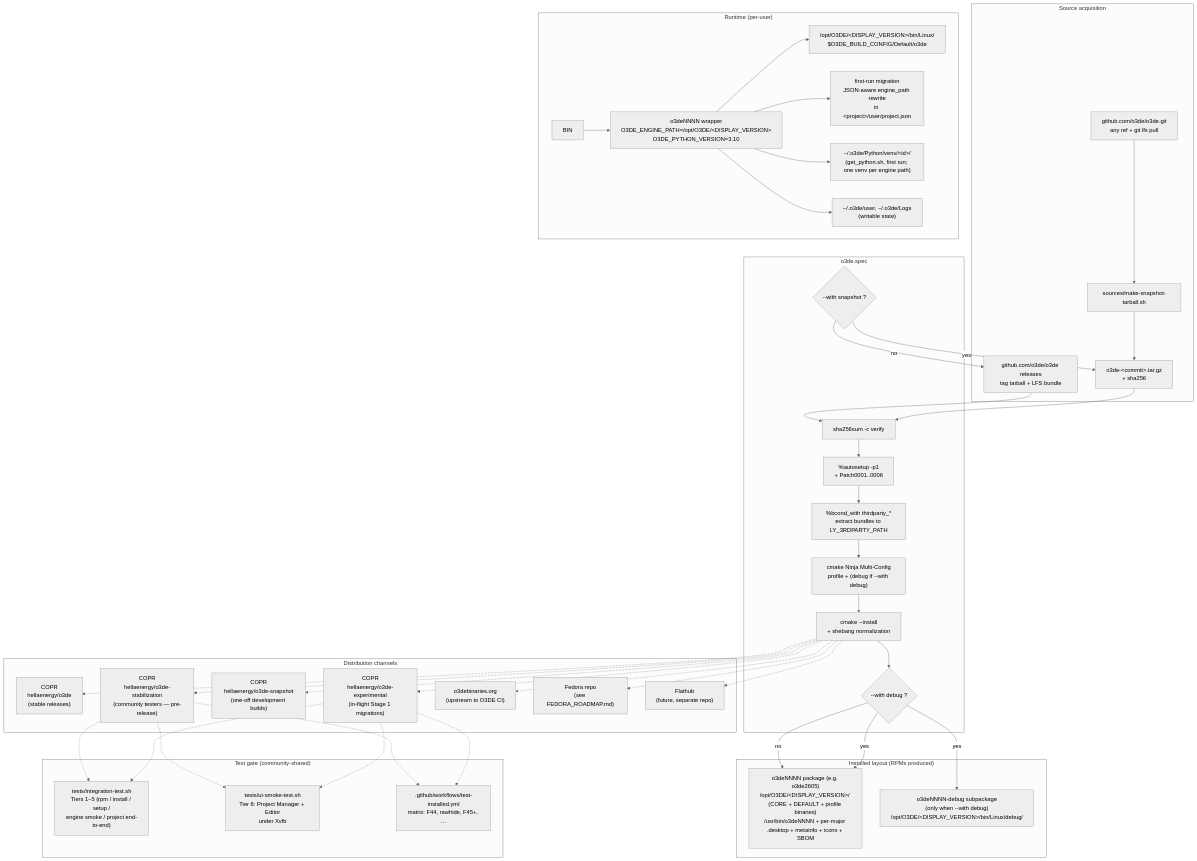
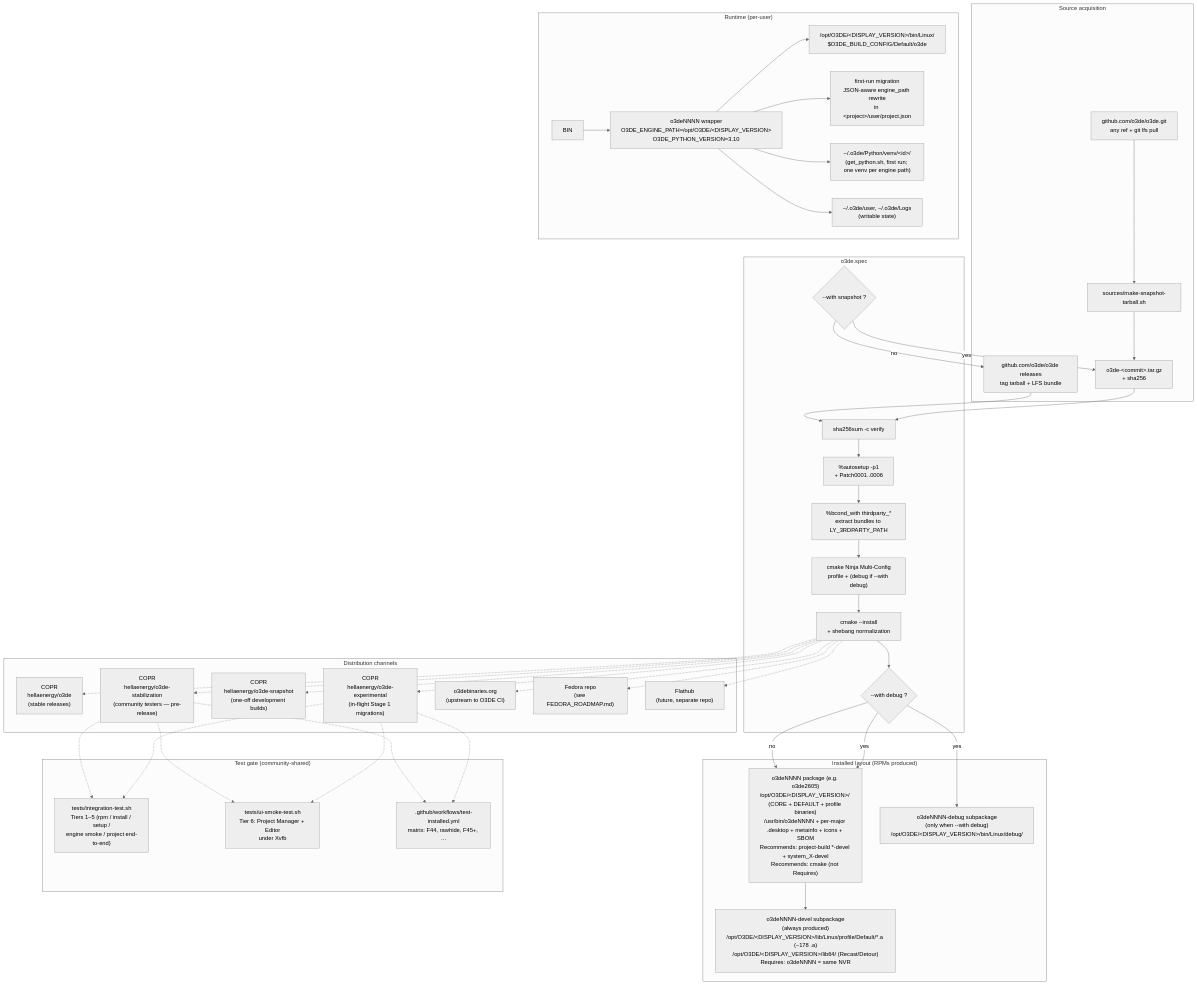
The diagram in ARCHITECTURE.md (nickschuetz/o3de-rpm), drawn with Mermaid (neutral theme) before and after one commit. The commit also changed 3 other files, not shown here.

First line of the commit message:
Docs: ARCHITECTURE diagram, BUNDLED_LIBRARIES Stage 1 status, FEDORA_ROADMAP, SBOM

````diff
--- a/ARCHITECTURE.md
+++ b/ARCHITECTURE.md
@@ -7,74 +7,76 @@
 ```mermaid
 flowchart TB
     subgraph SRC["Source acquisition"]
         S1["github.com/o3de/o3de releases<br/>tag tarball + LFS bundle"]
         S2["github.com/o3de/o3de.git<br/>any ref + git lfs pull"]
         SH["sources/make-snapshot-tarball.sh"]
         S2 --> SH --> SNAP["o3de-&lt;commit&gt;.tar.gz<br/>+ sha256"]
     end
 
     subgraph SPEC["o3de.spec"]
         BC{"--with snapshot ?"}
         SHA["sha256sum -c verify"]
         AUTO["%autosetup -p1<br/>+ Patch0001..0006"]
         TP["%bcond_with thirdparty_*<br/>extract bundles to LY_3RDPARTY_PATH"]
         BUILD["cmake Ninja Multi-Config<br/>profile + (debug if --with debug)"]
         INST["cmake --install<br/>+ shebang normalization"]
         DBG{"--with debug ?"}
         BC -->|no| S1
         BC -->|yes| SNAP
         S1 --> SHA
         SNAP --> SHA
         SHA --> AUTO --> TP --> BUILD --> INST
         INST --> DBG
     end
 
     subgraph INSTALL["Installed layout (RPMs produced)"]
-        MAIN["o3deNNNN package (e.g. o3de2605)<br/>/opt/O3DE/&lt;DISPLAY_VERSION&gt;/ (CORE + DEFAULT + profile binaries)<br/>/usr/bin/o3deNNNN + per-major .desktop + metainfo + icons + SBOM"]
+        MAIN["o3deNNNN package (e.g. o3de2605)<br/>/opt/O3DE/&lt;DISPLAY_VERSION&gt;/ (CORE + DEFAULT + profile binaries)<br/>/usr/bin/o3deNNNN + per-major .desktop + metainfo + icons + SBOM<br/>Recommends: project-build *-devel + system_X-devel<br/>Recommends: cmake (not Requires)"]
+        DEVELPKG["o3deNNNN-devel subpackage<br/>(always produced)<br/>/opt/O3DE/&lt;DISPLAY_VERSION&gt;/lib/Linux/profile/Default/*.a (~178 .a)<br/>/opt/O3DE/&lt;DISPLAY_VERSION&gt;/lib64/ (Recast/Detour)<br/>Requires: o3deNNNN = same NVR"]
         DBGPKG["o3deNNNN-debug subpackage<br/>(only when --with debug)<br/>/opt/O3DE/&lt;DISPLAY_VERSION&gt;/bin/Linux/debug/"]
         DBG -->|no| MAIN
         DBG -->|yes| MAIN
+        MAIN --> DEVELPKG
         DBG -->|yes| DBGPKG
     end
 
     subgraph RT["Runtime (per-user)"]
         WRAP["o3deNNNN wrapper<br/>O3DE_ENGINE_PATH=/opt/O3DE/&lt;DISPLAY_VERSION&gt;<br/>O3DE_PYTHON_VERSION=3.10"]
         MIG["first-run migration<br/>JSON-aware engine_path rewrite<br/>in &lt;project&gt;/user/project.json"]
         PY["~/.o3de/Python/venv/&lt;id&gt;/<br/>(get_python.sh, first run; one venv per engine path)"]
         UD["~/.o3de/user, ~/.o3de/Logs<br/>(writable state)"]
         ENG["/opt/O3DE/&lt;DISPLAY_VERSION&gt;/bin/Linux/<br/>$O3DE_BUILD_CONFIG/Default/o3de"]
         BIN --> WRAP --> ENG
         WRAP --> MIG
         WRAP --> PY
         WRAP --> UD
     end
 
     subgraph DIST["Distribution channels"]
         DC1A["COPR<br/>hellaenergy/o3de<br/>(stable releases)"]
         DC1B["COPR<br/>hellaenergy/o3de-stabilization<br/>(community testers — pre-release)"]
         DC1S["COPR<br/>hellaenergy/o3de-snapshot<br/>(one-off development builds)"]
         DC1C["COPR<br/>hellaenergy/o3de-experimental<br/>(in-flight Stage 1 migrations)"]
         DC2["o3debinaries.org<br/>(upstream to O3DE CI)"]
         DC3["Fedora repo<br/>(see FEDORA_ROADMAP.md)"]
         DC4["Flathub<br/>(future, separate repo)"]
         INST -.-> DC1A
         INST -.-> DC1B
         INST -.-> DC1S
         INST -.-> DC1C
         INST -.-> DC2
         INST -.-> DC3
         INST -.-> DC4
     end
 
     subgraph TEST["Test gate (community-shared)"]
         T1["tests/integration-test.sh<br/>Tiers 1–5 (rpm / install / setup /<br/>engine smoke / project end-to-end)"]
         T2["tests/ui-smoke-test.sh<br/>Tier 6: Project Manager + Editor<br/>under Xvfb"]
         T3[".github/workflows/test-installed.yml<br/>matrix: F44, rawhide, F45+, …"]
         DC1B -.-> T1
         DC1B -.-> T2
         DC1B -.-> T3
         DC1C -.-> T1
         DC1C -.-> T2
         DC1C -.-> T3
     end
 ```
````
